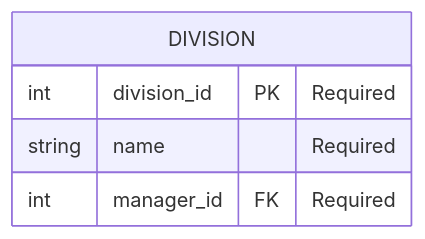
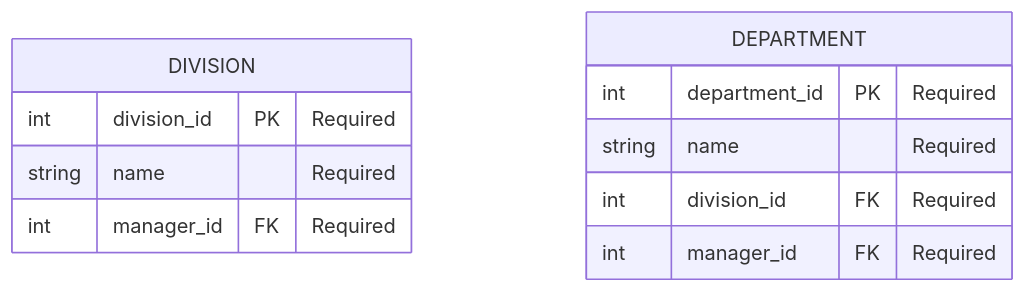
One commit to mszeihen/DatabaseProject-5725 changed the diagram in ERD_mid_diagram.qmd. Above: the diagram before and after it, drawn with Mermaid.

````diff
--- a/ERD_mid_diagram.qmd
+++ b/ERD_mid_diagram.qmd
@@ -14,9 +14,15 @@
 ```{mermaid}
 erDiagram
     DIVISION {
         int division_id PK "Required"
         string name "Required"
         int manager_id FK "Required"
     }
+    DEPARTMENT {
+        int department_id PK "Required"
+        string name "Required"
+        int division_id FK "Required"
+        int manager_id FK "Required"
+    }
 
 ```
````
